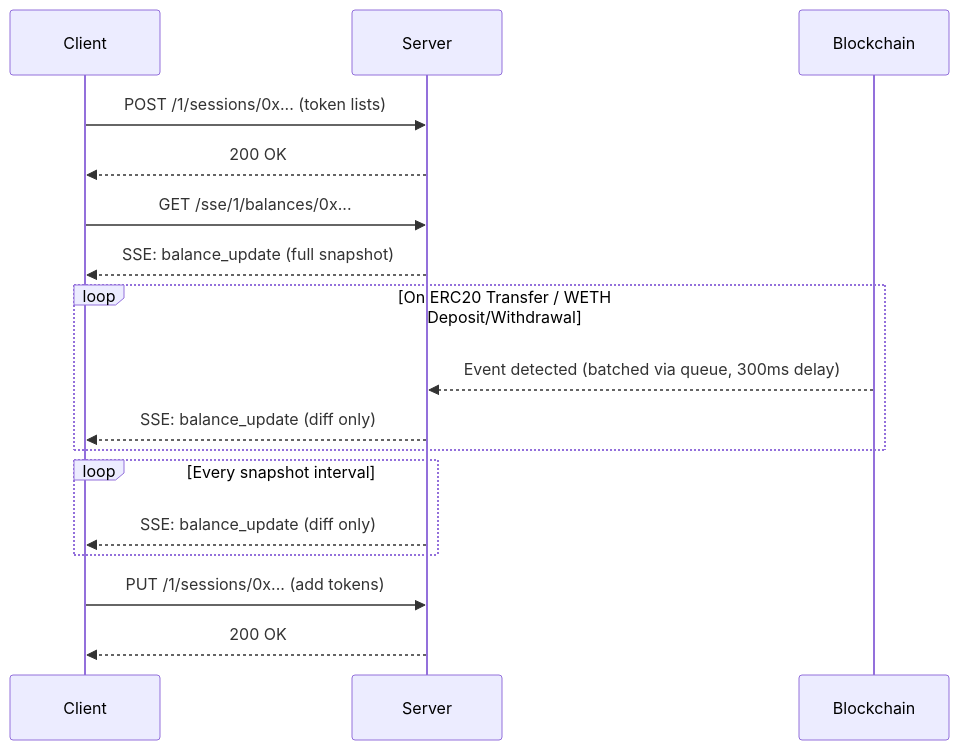
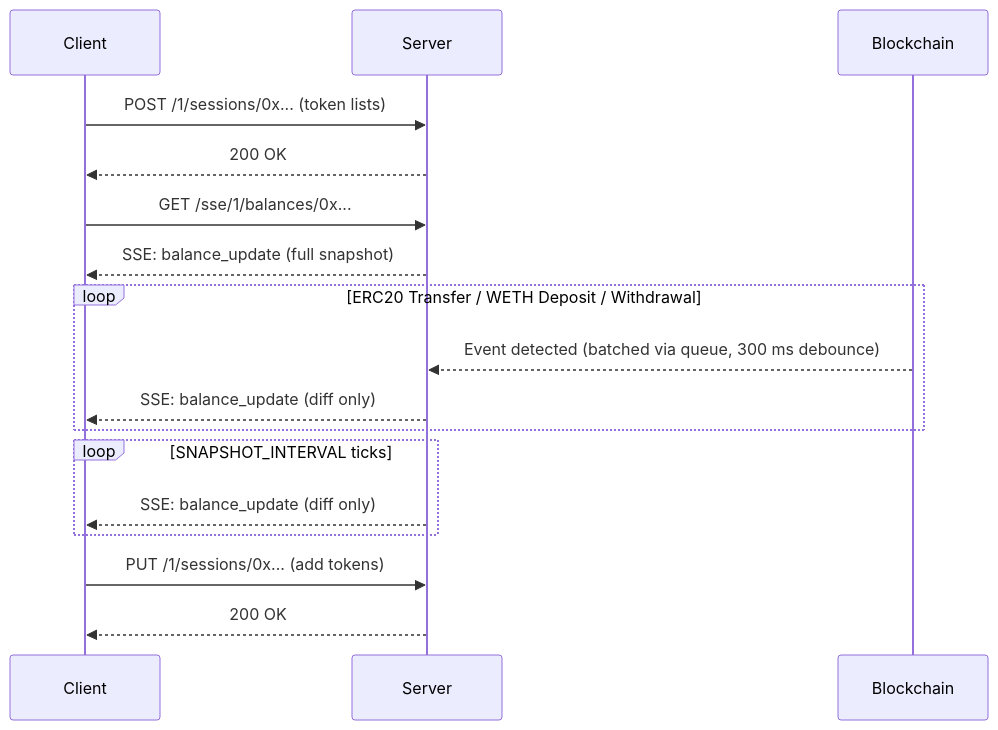
The first of 2 diagrams in README.md (cowprotocol/balances-watcher), drawn with Mermaid before and after one commit. The commit also changed other lines of this file and 1 other file, not shown here.

````diff
--- a/README.md
+++ b/README.md
@@ -129,24 +121,24 @@
 ```mermaid
 sequenceDiagram
     participant Client
     participant Server
     participant Blockchain
 
     Client->>Server: POST /1/sessions/0x... (token lists)
     Server-->>Client: 200 OK
 
     Client->>Server: GET /sse/1/balances/0x...
     Server-->>Client: SSE: balance_update (full snapshot)
 
-    loop On ERC20 Transfer / WETH Deposit/Withdrawal
-        Blockchain-->>Server: Event detected (batched via queue, 300ms delay)
+    loop ERC20 Transfer / WETH Deposit / Withdrawal
+        Blockchain-->>Server: Event detected (batched via queue, 300 ms debounce)
         Server-->>Client: SSE: balance_update (diff only)
     end
 
-    loop Every snapshot interval
+    loop SNAPSHOT_INTERVAL ticks
         Server-->>Client: SSE: balance_update (diff only)
     end
 
     Client->>Server: PUT /1/sessions/0x... (add tokens)
     Server-->>Client: 200 OK
 ```
````
